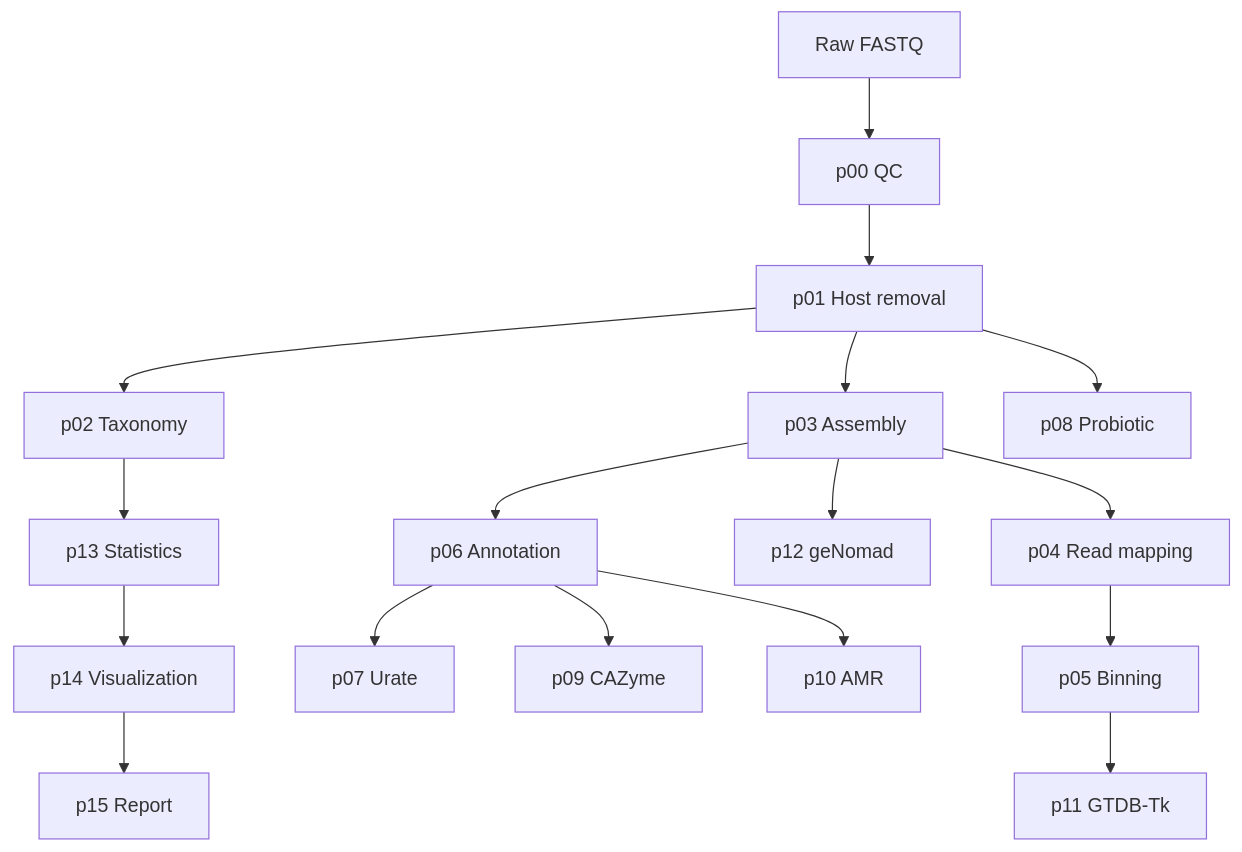
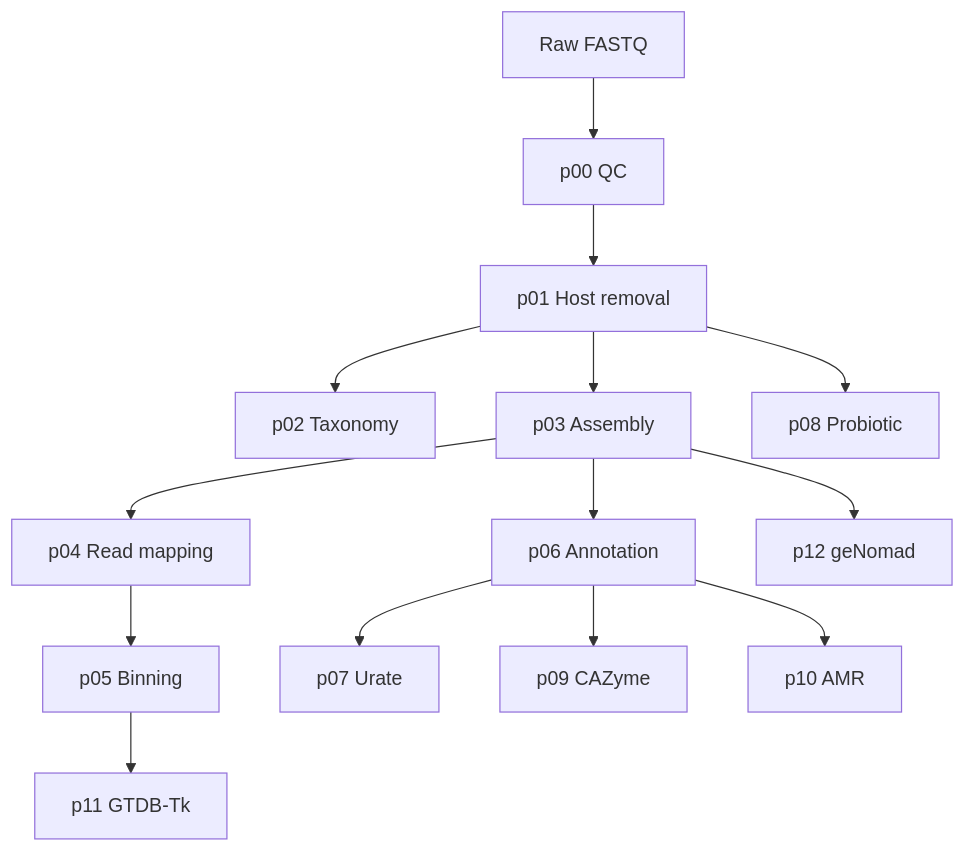
Before and after one commit to pengzhuobing/nanopore_metagenome: the diagram in README.md, drawn with Mermaid. The commit also changed 1 other file, not shown here.

````diff
--- a/README.md
+++ b/README.md
@@ -26,19 +26,16 @@
 ```mermaid
 flowchart TD
     A[Raw FASTQ] --> B[p00 QC]
     B --> C[p01 Host removal]
     C --> D[p02 Taxonomy]
     C --> E[p03 Assembly]
     E --> F[p04 Read mapping]
     F --> G[p05 Binning]
     E --> H[p06 Annotation]
     H --> I[p07 Urate]
     C --> J[p08 Probiotic]
     H --> K[p09 CAZyme]
     H --> L[p10 AMR]
     G --> M[p11 GTDB-Tk]
     E --> N[p12 geNomad]
-    D --> O[p13 Statistics]
-    O --> P[p14 Visualization]
-    P --> Q[p15 Report]
 ```
````
